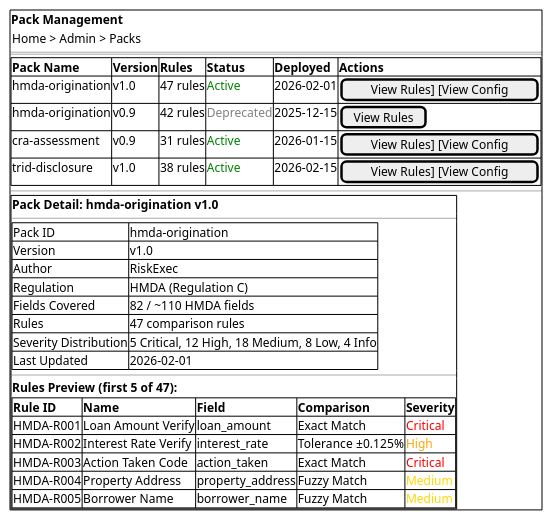
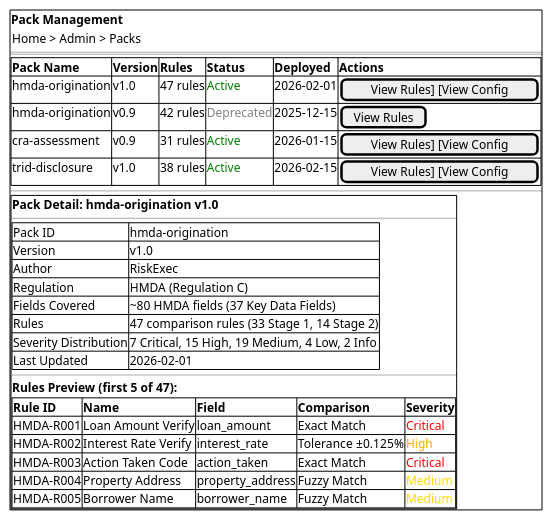
One commit to epieczko-re/audit-iq-docs changed the fourth of 5 diagrams in src/docs/asciidoc/auditiq-product-architecture-delivery-plan/audit-pack-specification/index.adoc. Above: the diagram before and after it, drawn with PlantUML. The commit also changed other lines of this file and 1 other file, not shown here.

```diff
--- a/src/docs/asciidoc/auditiq-product-architecture-delivery-plan/audit-pack-specification/index.adoc
+++ b/src/docs/asciidoc/auditiq-product-architecture-delivery-plan/audit-pack-specification/index.adoc
@@ -1828,42 +2052,42 @@
 [plantuml]
 ----
 @startsalt
 {+
   <b>Pack Management</b>
   { Home > Admin > Packs }
   ===
   {#
     <b>Pack Name</b> | <b>Version</b> | <b>Rules</b> | <b>Status</b> | <b>Deployed</b> | <b>Actions</b>
     hmda-origination | v1.0 | 47 rules | <color:Green>Active</color> | 2026-02-01 | [View Rules] [View Config]
     hmda-origination | v0.9 | 42 rules | <color:Gray>Deprecated</color> | 2025-12-15 | [View Rules]
     cra-assessment | v0.9 | 31 rules | <color:Green>Active</color> | 2026-01-15 | [View Rules] [View Config]
     trid-disclosure | v1.0 | 38 rules | <color:Green>Active</color> | 2026-02-15 | [View Rules] [View Config]
   }
   ---
   {+
     <b>Pack Detail: hmda-origination v1.0</b>
     ---
     {#
       Pack ID | hmda-origination
       Version | v1.0
       Author | RiskExec
       Regulation | HMDA (Regulation C)
-      Fields Covered | 82 / ~110 HMDA fields
-      Rules | 47 comparison rules
-      Severity Distribution | 5 Critical, 12 High, 18 Medium, 8 Low, 4 Info
+      Fields Covered | ~80 HMDA fields (37 Key Data Fields)
+      Rules | 47 comparison rules (33 Stage 1, 14 Stage 2)
+      Severity Distribution | 7 Critical, 15 High, 19 Medium, 4 Low, 2 Info
       Last Updated | 2026-02-01
     }
     ---
     <b>Rules Preview (first 5 of 47):</b>
     {#
       <b>Rule ID</b> | <b>Name</b> | <b>Field</b> | <b>Comparison</b> | <b>Severity</b>
       HMDA-R001 | Loan Amount Verify | loan_amount | Exact Match | <color:Red>Critical</color>
       HMDA-R002 | Interest Rate Verify | interest_rate | Tolerance ±0.125% | <color:Orange>High</color>
       HMDA-R003 | Action Taken Code | action_taken | Exact Match | <color:Red>Critical</color>
       HMDA-R004 | Property Address | property_address | Fuzzy Match | <color:Gold>Medium</color>
       HMDA-R005 | Borrower Name | borrower_name | Fuzzy Match | <color:Gold>Medium</color>
     }
   }
 }
 @endsalt
 ----
```
